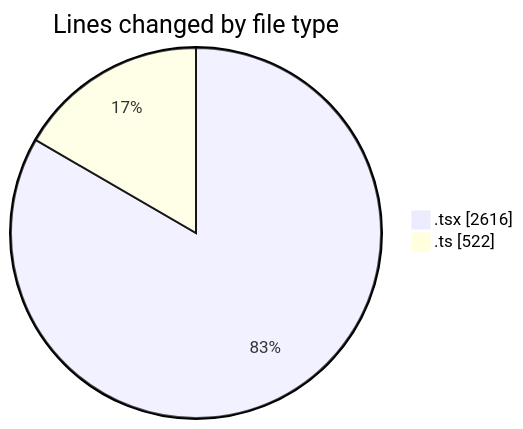
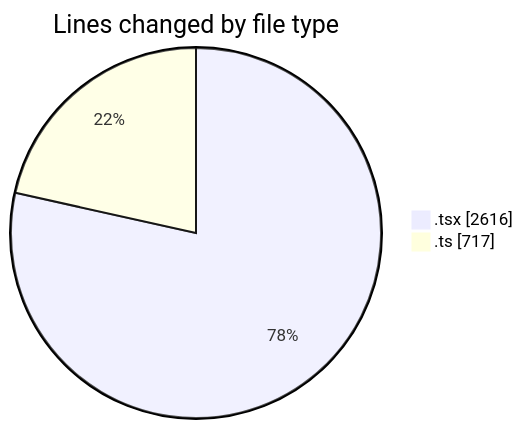
Before and after one commit to nxtqubesakshisongat/code-tracking: the first of 2 diagrams in 2026-04-03/nxtqube_webapp/README.md, drawn with Mermaid. The commit also changed other lines of this file and 1 other file, not shown here.

````diff
--- a/2026-04-03/nxtqube_webapp/README.md
+++ b/2026-04-03/nxtqube_webapp/README.md
@@ -22,6 +23,6 @@
 ```mermaid
 pie showData
 title Lines changed by file type
 ".tsx" : 2616
-".ts" : 522
+".ts" : 717
 ```
````
